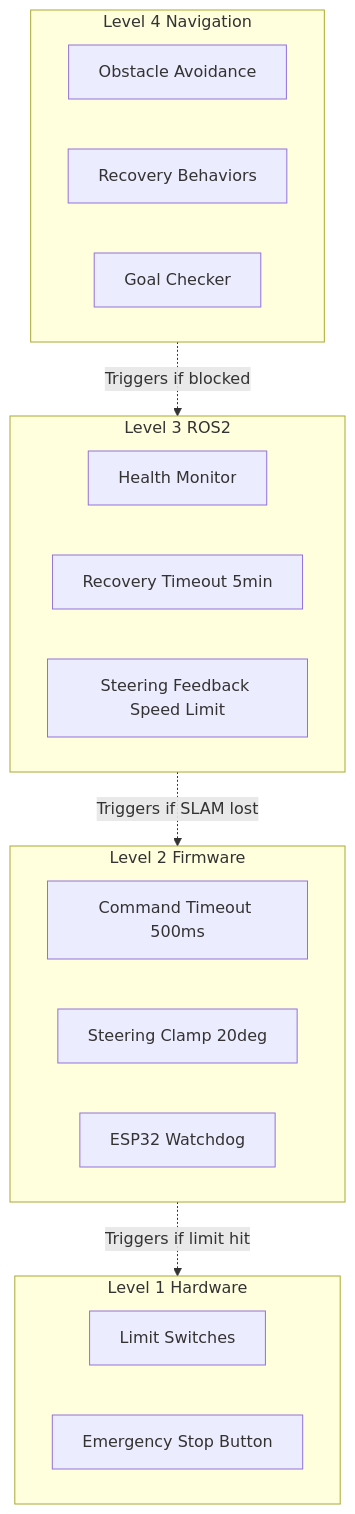
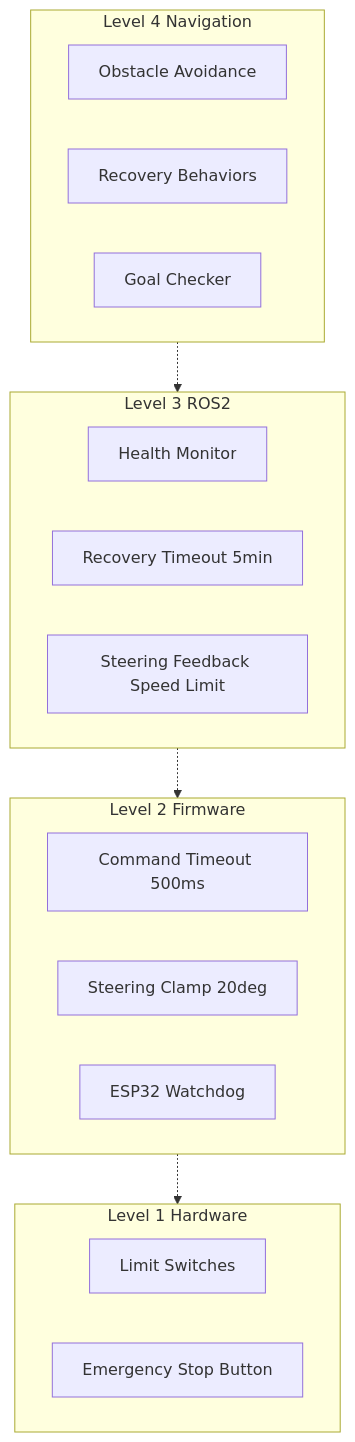
One commit to KashmeeraTT/Ackerman_UGV changed diagram 13 of 13 in SYSTEM_DOCUMENTATION.md. Above: the diagram before and after it, drawn with Mermaid. The commit also changed other lines of this file, not shown here.

Commit message:
docs: Refine system documentation diagrams and descriptions for clarity and conciseness.

````diff
--- a/SYSTEM_DOCUMENTATION.md
+++ b/SYSTEM_DOCUMENTATION.md
@@ -626,29 +626,29 @@
 ```mermaid
 flowchart TB
     subgraph L1[Level 1 Hardware]
         LS[Limit Switches]
         ES[Emergency Stop Button]
     end
     
     subgraph L2[Level 2 Firmware]
         TO[Command Timeout 500ms]
         SC[Steering Clamp 20deg]
         WD[ESP32 Watchdog]
     end
     
     subgraph L3[Level 3 ROS2]
         HM[Health Monitor]
         RT[Recovery Timeout 5min]
         SF[Steering Feedback Speed Limit]
     end
     
     subgraph L4[Level 4 Navigation]
         OA[Obstacle Avoidance]
         RB[Recovery Behaviors]
         GC[Goal Checker]
     end
     
-    L4 -.->|Triggers if blocked| L3
-    L3 -.->|Triggers if SLAM lost| L2
-    L2 -.->|Triggers if limit hit| L1
+    L4 -.-> L3
+    L3 -.-> L2
+    L2 -.-> L1
 ```
````
